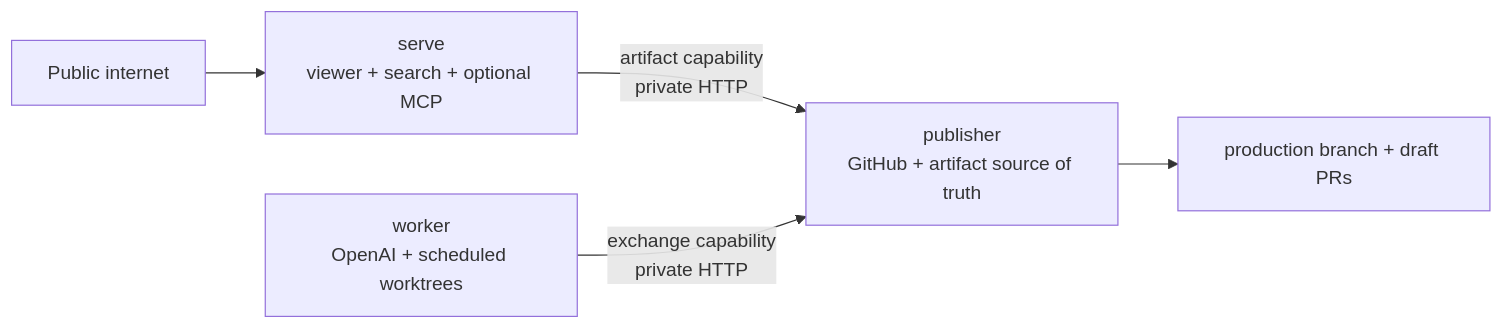
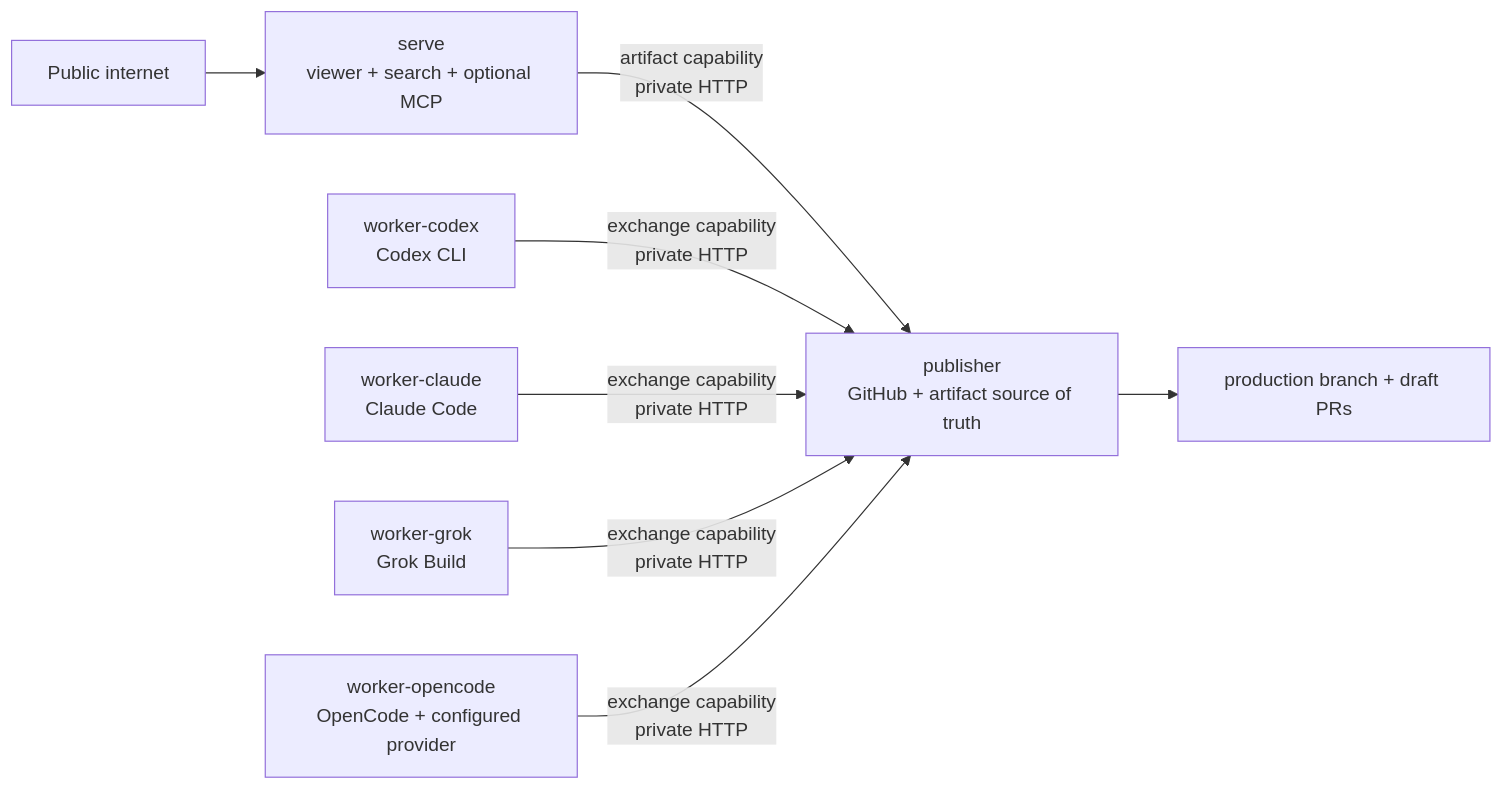
The diagram in Wiki/features/commands/deploy.md (openknowledge-sh/openknowledge), drawn with Mermaid before and after one commit. The commit also changed other lines of this file and 47 other files, not shown here.

````diff
--- a/Wiki/features/commands/deploy.md
+++ b/Wiki/features/commands/deploy.md
@@ -72,7 +79,10 @@
 ```mermaid
 flowchart LR
   Internet["Public internet"] --> Serve["serve<br/>viewer + search + optional MCP"]
   Serve -->|"artifact capability<br/>private HTTP"| Publisher["publisher<br/>GitHub + artifact source of truth"]
-  Worker["worker<br/>OpenAI + scheduled worktrees"] -->|"exchange capability<br/>private HTTP"| Publisher
+  Codex["worker-codex<br/>Codex CLI"] -->|"exchange capability<br/>private HTTP"| Publisher
+  Claude["worker-claude<br/>Claude Code"] -->|"exchange capability<br/>private HTTP"| Publisher
+  Grok["worker-grok<br/>Grok Build"] -->|"exchange capability<br/>private HTTP"| Publisher
+  OpenCode["worker-opencode<br/>OpenCode + configured provider"] -->|"exchange capability<br/>private HTTP"| Publisher
   Publisher --> GitHub["production branch + draft PRs"]
 ```
````
